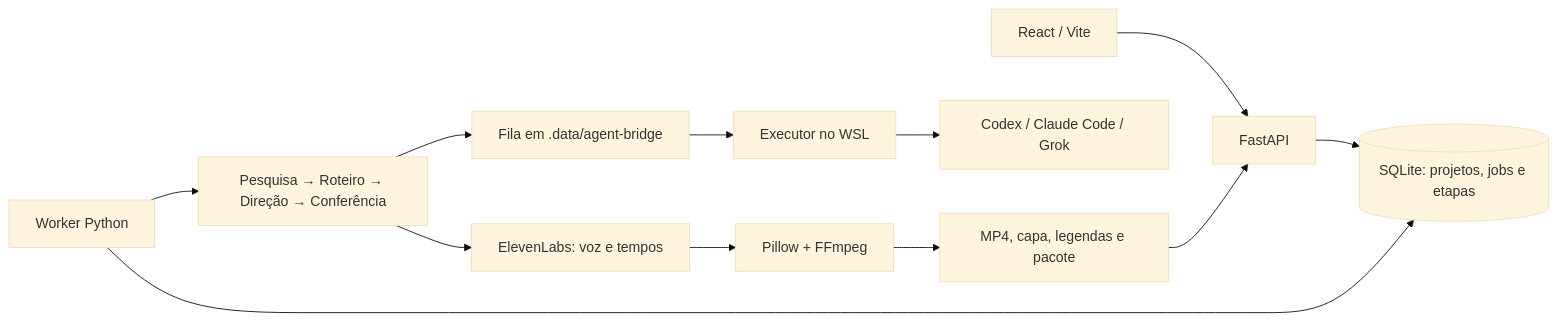
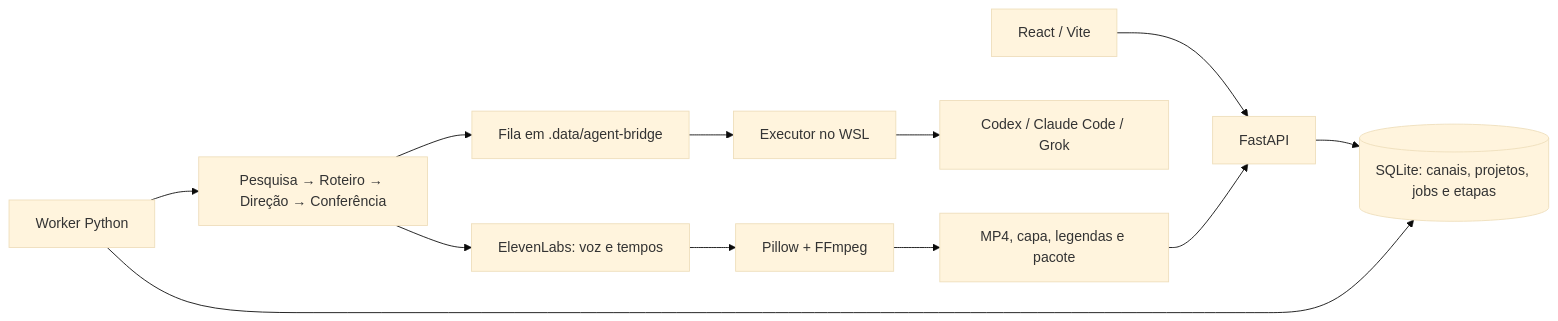
One commit to juniormartinxo/mycut changed the diagram in docs/arquitetura-studio.md. Above: the diagram before and after it, drawn with Mermaid (base theme). The commit also changed other lines of this file and 22 other files, not shown here.

````diff
--- a/docs/arquitetura-studio.md
+++ b/docs/arquitetura-studio.md
@@ -5,14 +5,14 @@
 ```mermaid
 flowchart LR
   UI[React / Vite] --> API[FastAPI]
-  API --> DB[(SQLite: projetos, jobs e etapas)]
+  API --> DB[(SQLite: canais, projetos, jobs e etapas)]
   Worker[Worker Python] --> DB
   Worker --> Pipeline[Pesquisa → Roteiro → Direção → Conferência]
   Pipeline --> Bridge[Fila em .data/agent-bridge]
   Bridge --> Runner[Executor no WSL]
   Runner --> CLIs[Codex / Claude Code / Grok]
   Pipeline --> Voice[ElevenLabs: voz e tempos]
   Voice --> Render[Pillow + FFmpeg]
   Render --> Files[MP4, capa, legendas e pacote]
   Files --> API
 ```
````
